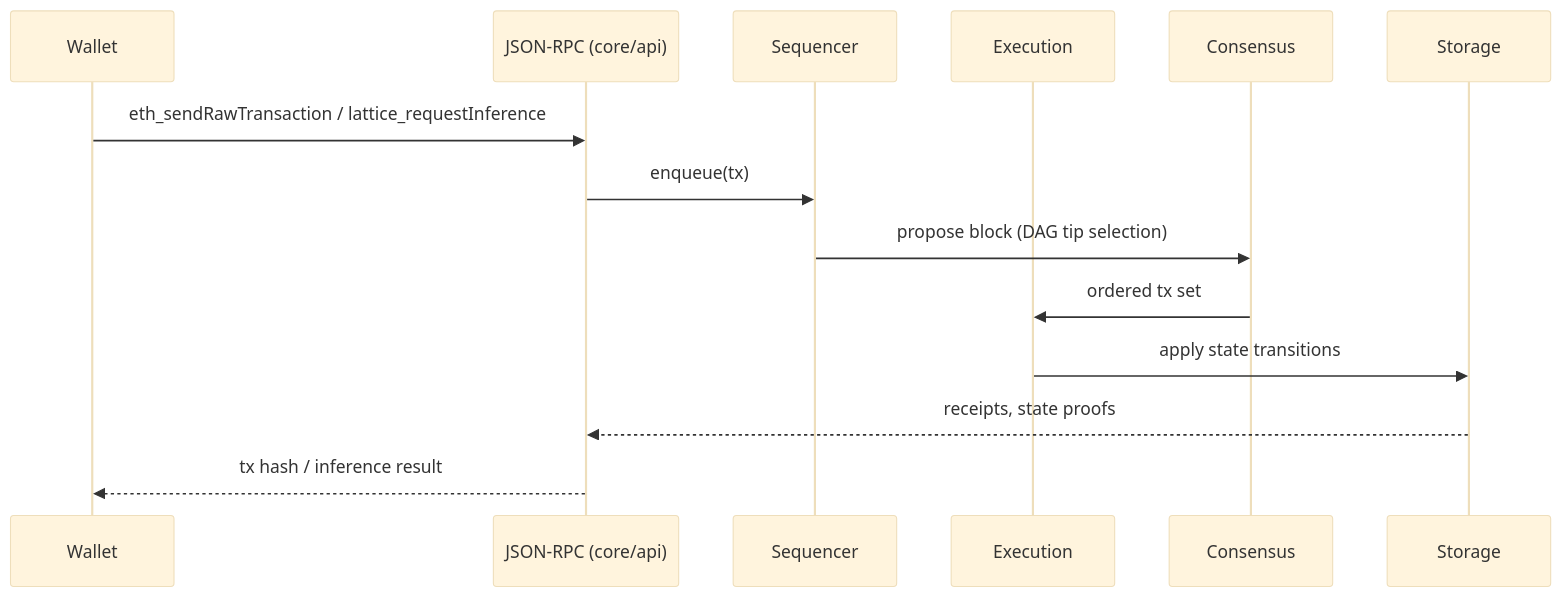
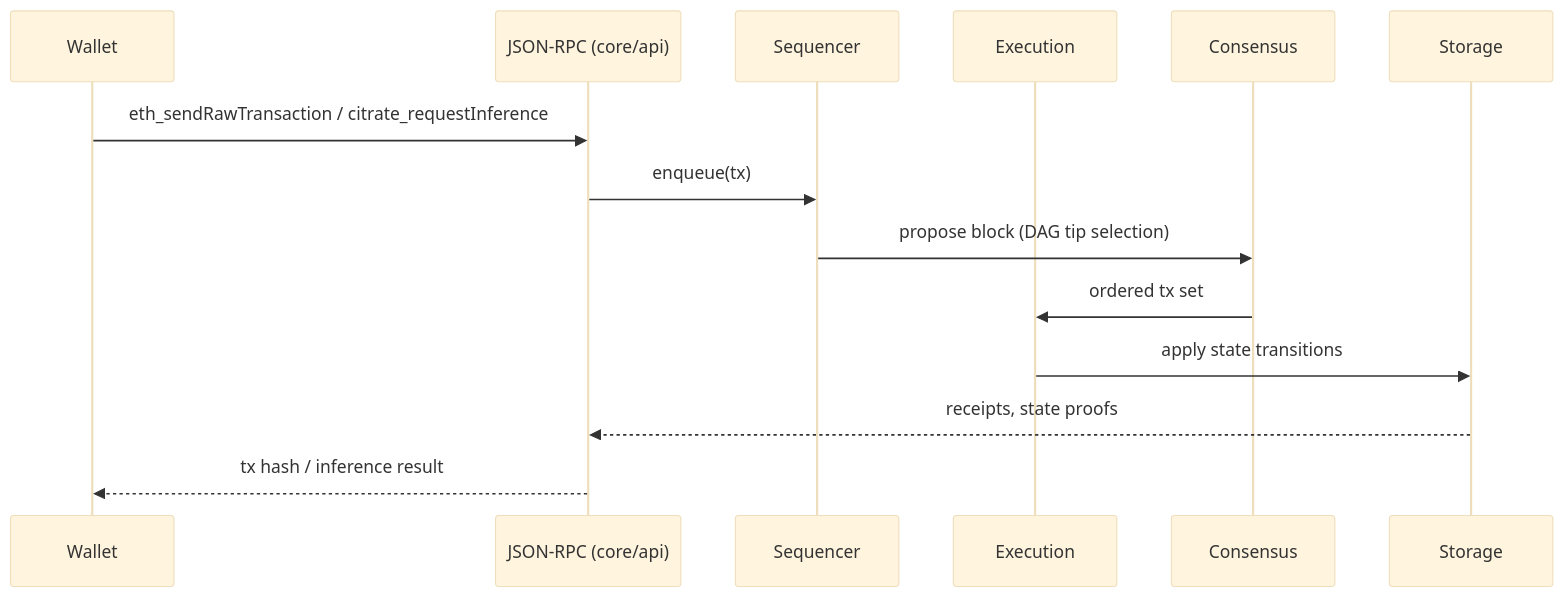
Before and after one commit to SaulBuilds/citrate: the fifth of 5 diagrams in README.md, drawn with Mermaid (base theme). The commit also changed other lines of this file and 1179 other files, not shown here.

First line of the commit message:
Complete rebrand: lattice → citrate

````diff
--- a/README.md
+++ b/README.md
@@ -301,17 +301,17 @@
 ```mermaid
 sequenceDiagram
   participant Wallet
   participant RPC as JSON-RPC (core/api)
   participant Seq as Sequencer
   participant Exec as Execution
   participant Cons as Consensus
   participant DB as Storage
 
-  Wallet->>RPC: eth_sendRawTransaction / lattice_requestInference
+  Wallet->>RPC: eth_sendRawTransaction / citrate_requestInference
   RPC->>Seq: enqueue(tx)
   Seq->>Cons: propose block (DAG tip selection)
   Cons->>Exec: ordered tx set
   Exec->>DB: apply state transitions
   DB-->>RPC: receipts, state proofs
   RPC-->>Wallet: tx hash / inference result
 ```
````
